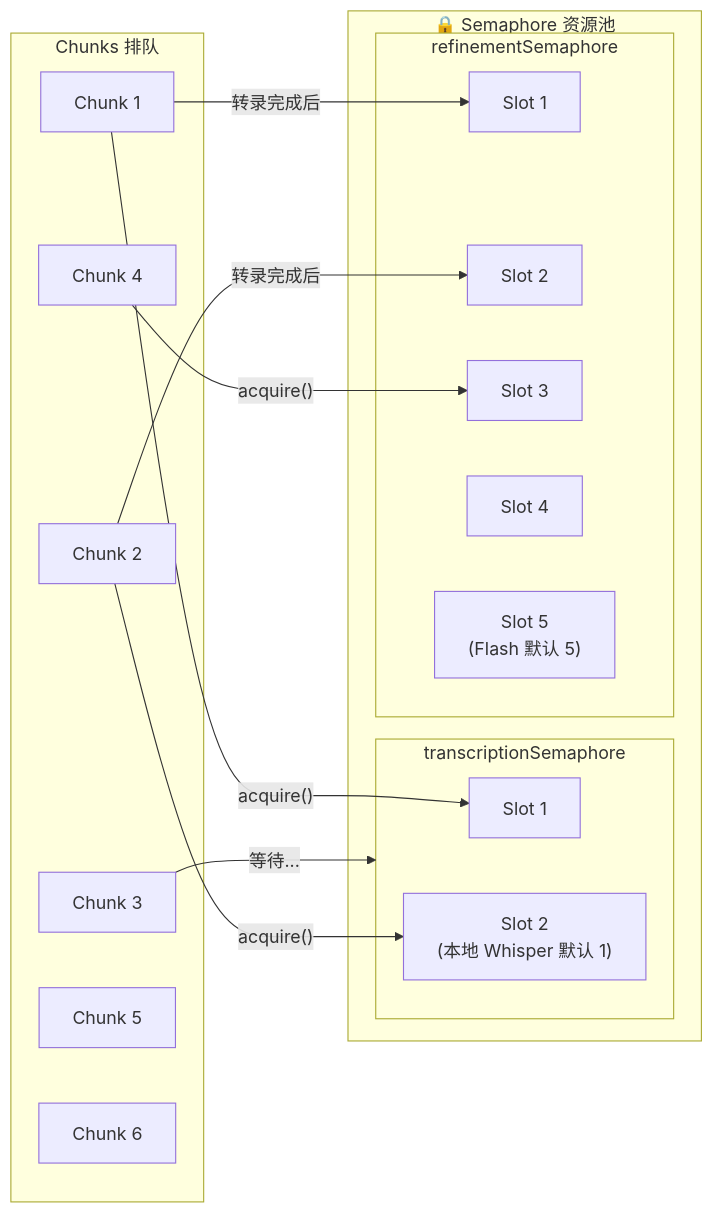
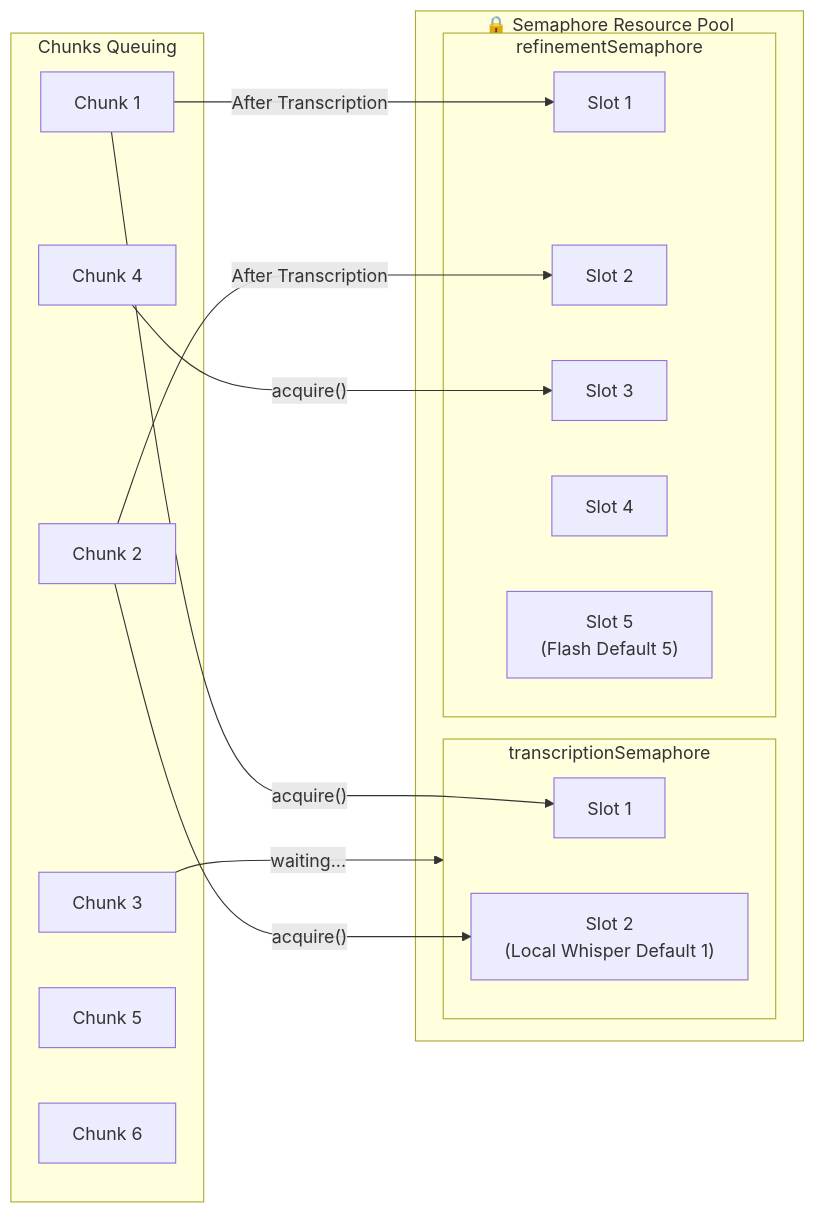
One commit to corvo007/MioSub changed the fifth of 14 diagrams in docs/ARCHITECTURE.md. Above: the diagram before and after it, drawn with Mermaid. The commit also changed other lines of this file and 3 other files, not shown here.

First line of the commit message:
docs: add bilingual README and ARCHITECTURE documentation

````diff
--- a/docs/ARCHITECTURE.md
+++ b/docs/ARCHITECTURE.md
@@ -484,34 +486,34 @@
 ```mermaid
 flowchart LR
-    subgraph SEMAPHORES["🔒 Semaphore 资源池"]
+    subgraph SEMAPHORES["🔒 Semaphore Resource Pool"]
         subgraph TRANS["transcriptionSemaphore"]
             T1["Slot 1"]
-            T2["Slot 2<br/>(本地 Whisper 默认 1)"]
+            T2["Slot 2<br/>(Local Whisper Default 1)"]
         end
 
         subgraph REFINE["refinementSemaphore"]
             R1["Slot 1"]
             R2["Slot 2"]
             R3["Slot 3"]
             R4["Slot 4"]
-            R5["Slot 5<br/>(Flash 默认 5)"]
+            R5["Slot 5<br/>(Flash Default 5)"]
         end
     end
 
-    subgraph CHUNKS["Chunks 排队"]
+    subgraph CHUNKS["Chunks Queuing"]
         C1["Chunk 1"]
         C2["Chunk 2"]
         C3["Chunk 3"]
         C4["Chunk 4"]
         C5["Chunk 5"]
         C6["Chunk 6"]
     end
 
     C1 -->|"acquire()"| T1
     C2 -->|"acquire()"| T2
-    C3 -->|"等待..."| TRANS
+    C3 -->|"waiting..."| TRANS
 
-    C1 -->|"转录完成后"| R1
-    C2 -->|"转录完成后"| R2
+    C1 -->|"After Transcription"| R1
+    C2 -->|"After Transcription"| R2
     C4 -->|"acquire()"| R3
 ```
````
